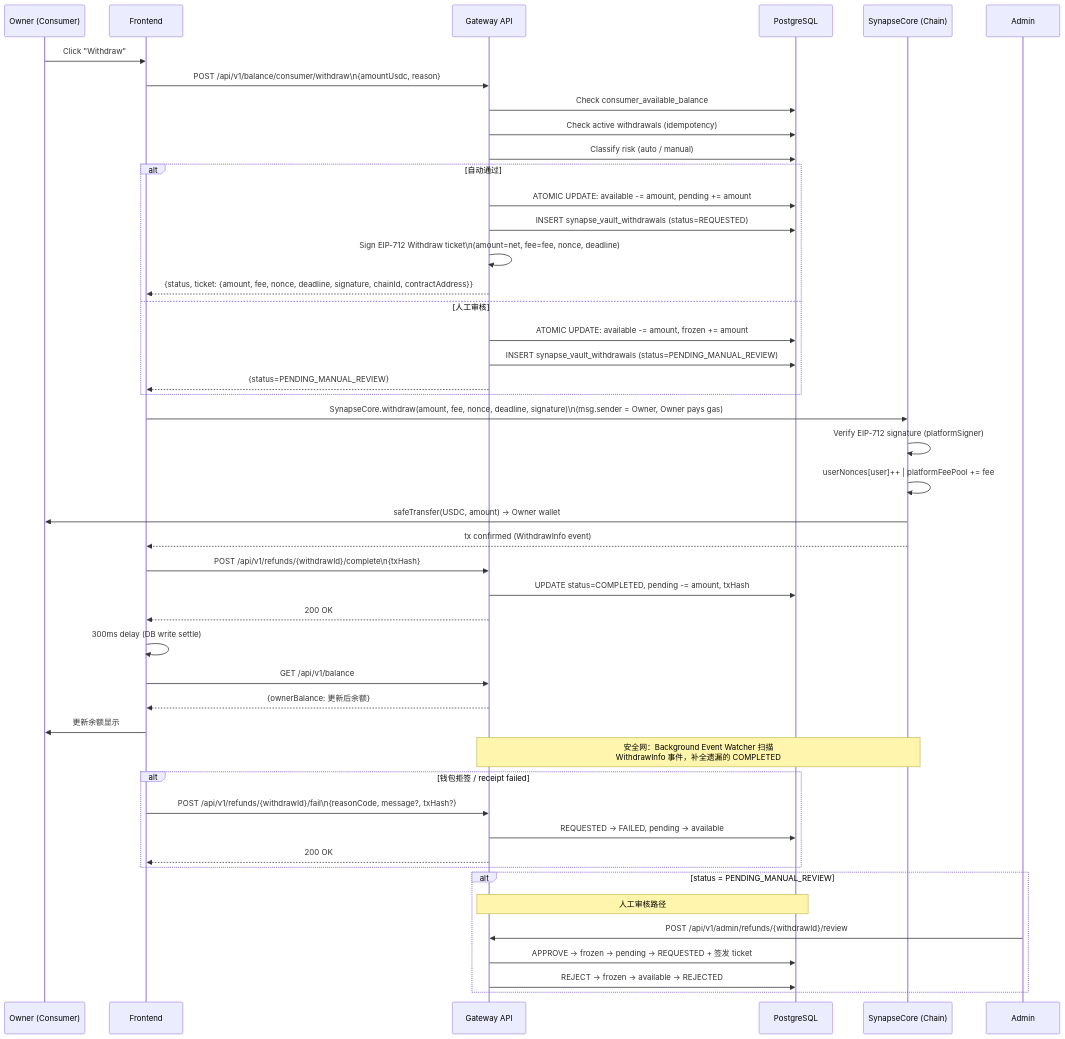
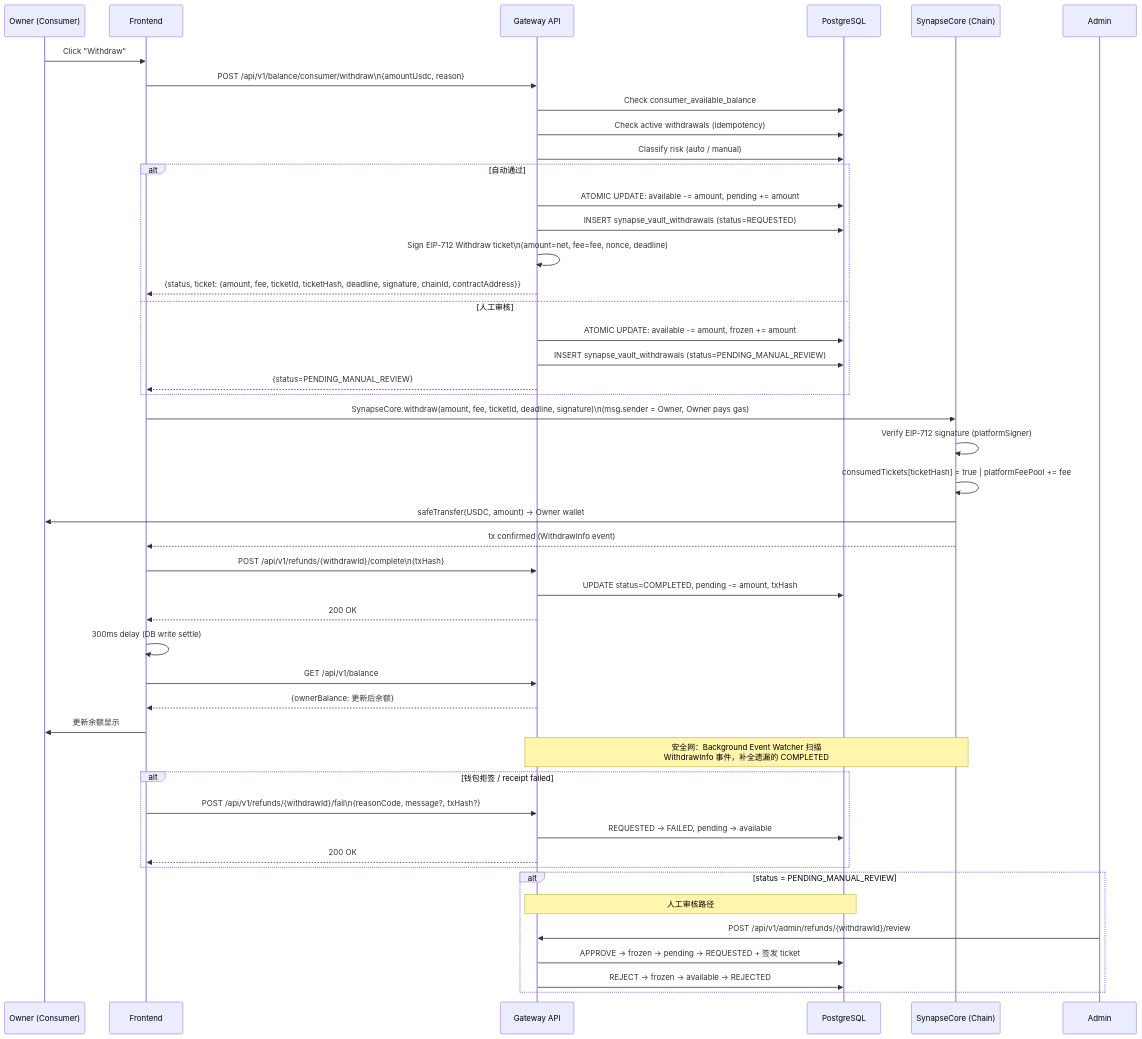
One commit to SynapseNetworkAI/Synapse-Network changed the diagram in docs/architecture/workflows/06_Consumer_Withdrawal_and_Risk_Gates.md. Above: the diagram before and after it, drawn with Mermaid. The commit also changed other lines of this file and 51 other files, not shown here.

Commit message:
Harden single-ticket withdrawal flow

````diff
--- a/docs/architecture/workflows/06_Consumer_Withdrawal_and_Risk_Gates.md
+++ b/docs/architecture/workflows/06_Consumer_Withdrawal_and_Risk_Gates.md
@@ -113,54 +113,54 @@
 ```mermaid
 sequenceDiagram
     participant U as Owner (Consumer)
     participant FE as Frontend
     participant GW as Gateway API
     participant DB as PostgreSQL
     participant SC as SynapseCore (Chain)
 
     U->>FE: Click "Withdraw"
     FE->>GW: POST /api/v1/balance/consumer/withdraw\n{amountUsdc, reason}
     GW->>DB: Check consumer_available_balance
     GW->>DB: Check active withdrawals (idempotency)
     GW->>DB: Classify risk (auto / manual)
     alt 自动通过
         GW->>DB: ATOMIC UPDATE: available -= amount, pending += amount
         GW->>DB: INSERT synapse_vault_withdrawals (status=REQUESTED)
         GW->>GW: Sign EIP-712 Withdraw ticket\n(amount=net, fee=fee, nonce, deadline)
-        GW-->>FE: {status, ticket: {amount, fee, nonce, deadline, signature, chainId, contractAddress}}
+        GW-->>FE: {status, ticket: {amount, fee, ticketId, ticketHash, deadline, signature, chainId, contractAddress}}
     else 人工审核
         GW->>DB: ATOMIC UPDATE: available -= amount, frozen += amount
         GW->>DB: INSERT synapse_vault_withdrawals (status=PENDING_MANUAL_REVIEW)
         GW-->>FE: {status=PENDING_MANUAL_REVIEW}
     end
 
-    FE->>SC: SynapseCore.withdraw(amount, fee, nonce, deadline, signature)\n(msg.sender = Owner, Owner pays gas)
+    FE->>SC: SynapseCore.withdraw(amount, fee, ticketId, deadline, signature)\n(msg.sender = Owner, Owner pays gas)
     SC->>SC: Verify EIP-712 signature (platformSigner)
-    SC->>SC: userNonces[user]++ | platformFeePool += fee
+    SC->>SC: consumedTickets[ticketHash] = true | platformFeePool += fee
     SC->>U: safeTransfer(USDC, amount) → Owner wallet
     SC-->>FE: tx confirmed (WithdrawInfo event)
 
     FE->>GW: POST /api/v1/refunds/{withdrawId}/complete\n{txHash}
     GW->>DB: UPDATE status=COMPLETED, pending -= amount, txHash
     GW-->>FE: 200 OK
 
     FE->>FE: 300ms delay (DB write settle)
     FE->>GW: GET /api/v1/balance
     GW-->>FE: {ownerBalance: 更新后余额}
     FE->>U: 更新余额显示
 
     Note over GW,SC: 安全网：Background Event Watcher 扫描<br/>WithdrawInfo 事件，补全遗漏的 COMPLETED
 
     alt 钱包拒签 / receipt failed
         FE->>GW: POST /api/v1/refunds/{withdrawId}/fail\n{reasonCode, message?, txHash?}
         GW->>DB: REQUESTED -> FAILED, pending -> available
         GW-->>FE: 200 OK
     end
 
     alt status = PENDING_MANUAL_REVIEW
         Note over GW,DB: 人工审核路径
         Admin->>GW: POST /api/v1/admin/refunds/{withdrawId}/review
         GW->>DB: APPROVE → frozen -> pending → REQUESTED + 签发 ticket
         GW->>DB: REJECT  → frozen -> available → REJECTED
     end
 ```
````
